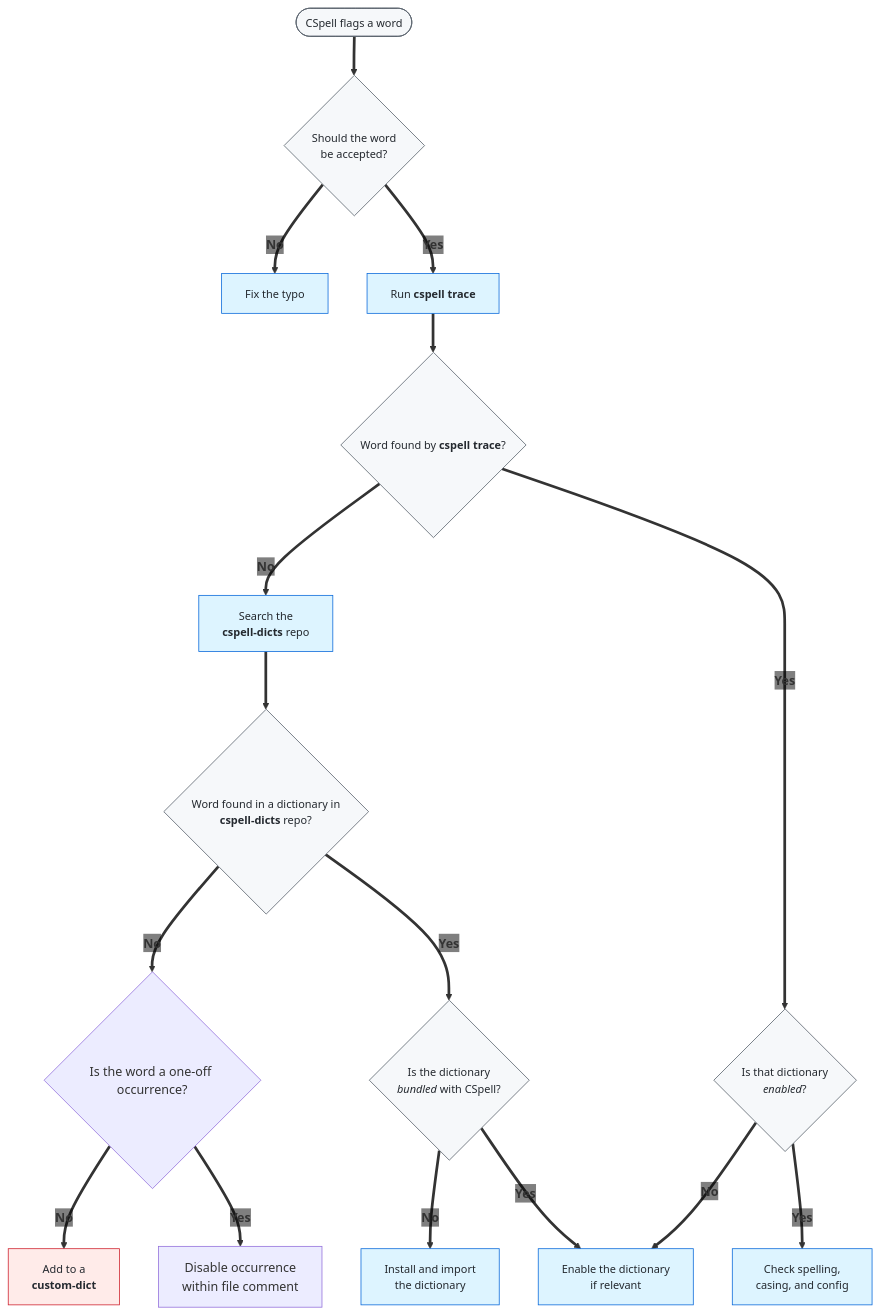
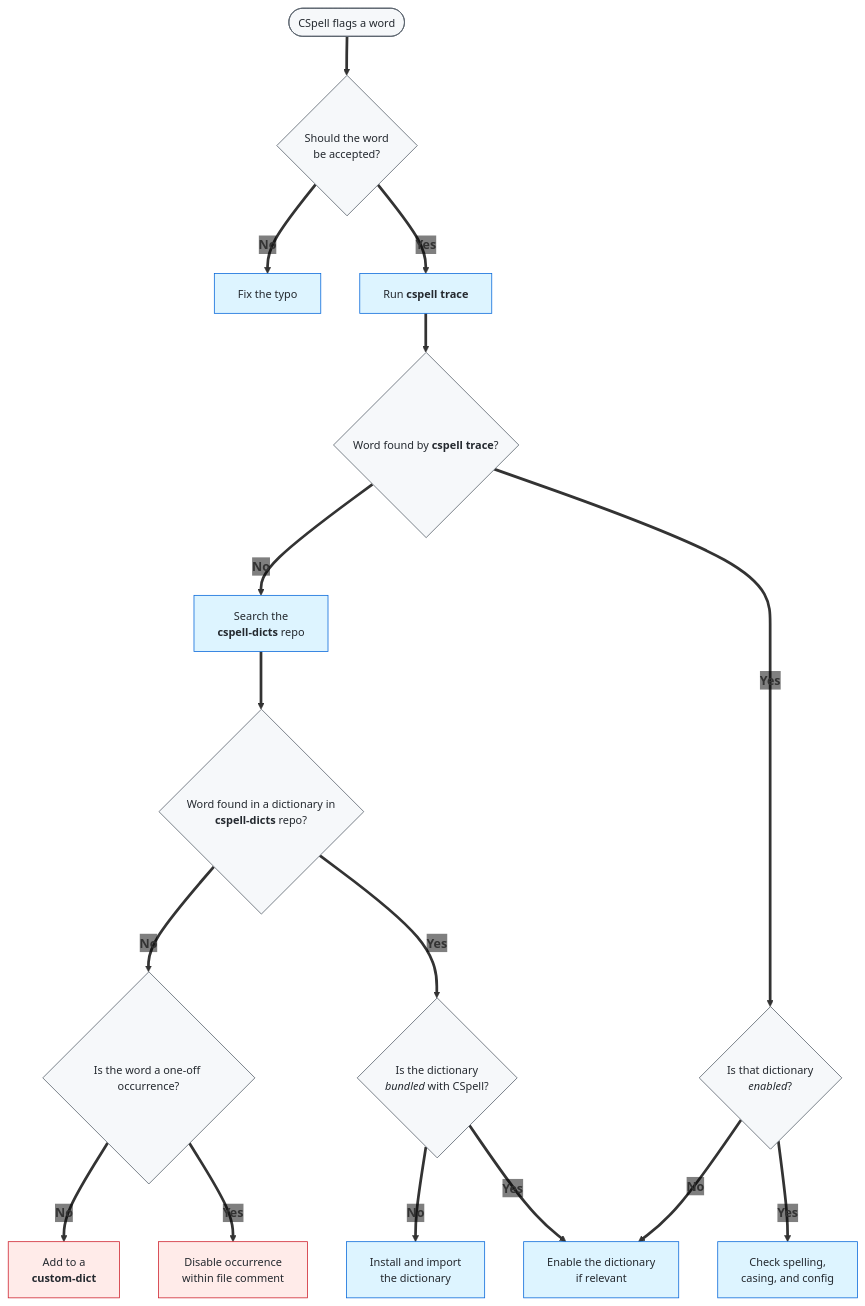
One commit to ScilifelabDataCentre/data.scilifelab.se changed the diagram in .config/cspell/README.md. Above: the diagram before and after it, drawn with Mermaid.

Commit message:
mermaid fixes

````diff
--- a/.config/cspell/README.md
+++ b/.config/cspell/README.md
@@ -145,39 +145,39 @@
 ```mermaid
 ---
 config:
   themeVariables:
     edgeLabelBackground: transparent
 ---
 flowchart TD
     A([CSpell flags a word]) ==> B{Should the word<br/>be accepted?}
 
     B ==>|"`**No**`"| C[Fix the typo]
     B ==>|"`**Yes**`"| D["`Run **cspell trace**`"]
 
     D ==> E{"`Word found by **cspell trace**?`"}
 
     E ==>|"`**No**`"| I["`Search the <br/> **cspell-dicts** repo`"]
     E ==>|"`**Yes**`"| F{"`Is that dictionary<br/>_enabled_?`"}
 
     F ==>|"`**No**`"| H[Enable the dictionary<br/>if relevant]
     F ==>|"`**Yes**`"| G[Check spelling,<br/>casing, and config]
 
     I ==> J{"`Word found in a dictionary in <br/> **cspell-dicts** repo?`"}
 
     J ==>|"`**No**`"| N{"`Is the word a one-off occurrence?`"}
     J ==>|"`**Yes**`"| K{"`Is the dictionary<br/>_bundled_ with CSpell?`"}
 
     N ==>|"`**No**`"| M["`Add to a <br/> **custom-dict**`"]
     N ==>|"`**Yes**`"| O["`Disable occurrence <br/> within file comment`"]
 
     K ==>|"`**No**`"| L[Install and import<br/>the dictionary]
     K ==>|"`**Yes**`"| H
 
     classDef neutral fill:#f6f8fa,stroke:#57606a,color:#24292f,font-size:14px;
     classDef do fill:#ddf4ff,stroke:#0969da,color:#24292f,font-size:14px;
     classDef fallback fill:#ffebe9,stroke:#cf222e,color:#24292f,font-size:14px;
 
-    class A,B,E,F,J,K neutral;
+    class A,B,E,F,J,K,N neutral;
     class C,D,G,H,I,L do;
-    class M fallback;
+    class M,O fallback;
 ```
````
